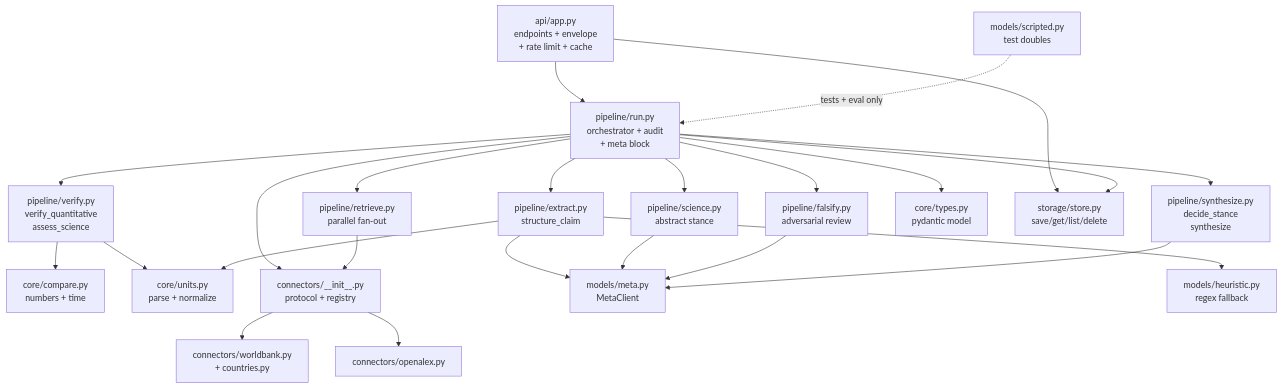
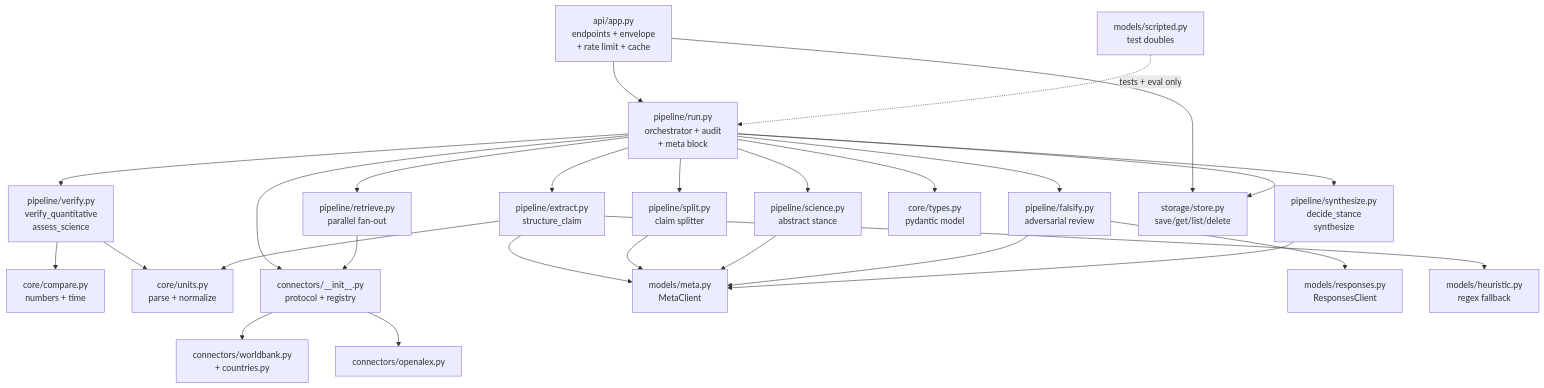
Before and after one commit to kiltro-dev/evidence-platform: the third of 7 diagrams in docs/ARCHITECTURE.md, drawn with Mermaid. The commit also changed other lines of this file and 45 other files, not shown here.

````diff
--- a/docs/ARCHITECTURE.md
+++ b/docs/ARCHITECTURE.md
@@ -62,45 +67,50 @@
 ```mermaid
 flowchart TB
     api["api/app.py<br/>endpoints + envelope<br/>+ rate limit + cache"]
     run["pipeline/run.py<br/>orchestrator + audit<br/>+ meta block"]
     ext["pipeline/extract.py<br/>structure_claim"]
     ret["pipeline/retrieve.py<br/>parallel fan-out"]
     ver["pipeline/verify.py<br/>verify_quantitative<br/>assess_science"]
     sci["pipeline/science.py<br/>abstract stance"]
     fal["pipeline/falsify.py<br/>adversarial review"]
     syn["pipeline/synthesize.py<br/>decide_stance<br/>synthesize"]
     cmp["core/compare.py<br/>numbers + time"]
     typ["core/types.py<br/>pydantic model"]
     units["core/units.py<br/>parse + normalize"]
     reg["connectors/__init__.py<br/>protocol + registry"]
     cwb["connectors/worldbank.py<br/>+ countries.py"]
     coa["connectors/openalex.py"]
     meta["models/meta.py<br/>MetaClient"]
+    rsp["models/responses.py<br/>ResponsesClient"]
+    spl["pipeline/split.py<br/>claim splitter"]
     heu["models/heuristic.py<br/>regex fallback"]
     scr["models/scripted.py<br/>test doubles"]
     store["storage/store.py<br/>save/get/list/delete"]
 
     api --> run
     api --> store
+    run --> spl
     run --> ext
     run --> ret
     run --> reg
     run --> ver
     run --> sci
     run --> fal
     run --> syn
     run --> store
     ret --> reg
     reg --> cwb
     reg --> coa
     ext --> heu
     ext --> meta
+    spl --> meta
     sci --> meta
     fal --> meta
+    fal --> rsp
     syn --> meta
     ver --> cmp
     ver --> units
     ext --> units
     run --> typ
     scr -. "tests + eval only" .-> run
 ```
````
